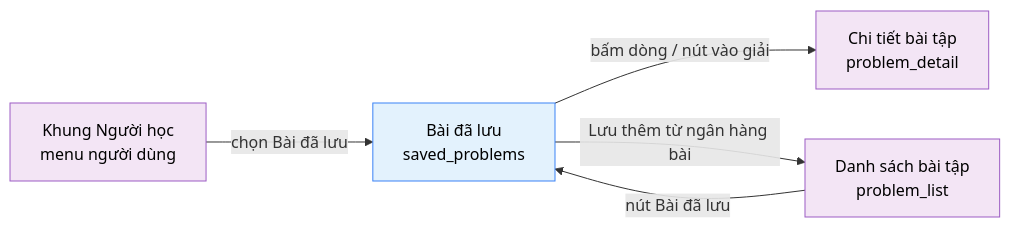
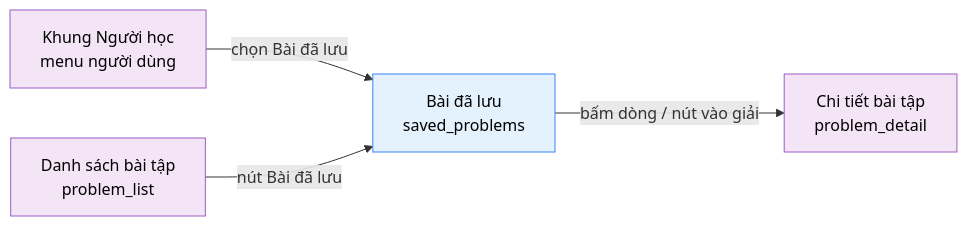
One commit to daiphu1801/PRJ_ALGOPREP changed the diagram in 02-bd/screens/users/USR0103_saved_problems.md. Above: the diagram before and after it, drawn with Mermaid. The commit also changed other lines of this file and 458 other files, not shown here.

````diff
--- a/02-bd/screens/users/USR0103_saved_problems.md
+++ b/02-bd/screens/users/USR0103_saved_problems.md
@@ -141,13 +141,12 @@
 ```mermaid
 flowchart LR
     menu["Khung Người học<br/>menu người dùng"] -->|"chọn Bài đã lưu"| main["Bài đã lưu<br/>saved_problems"]
     list["Danh sách bài tập<br/>problem_list"] -->|"nút Bài đã lưu"| main
     main -->|"bấm dòng / nút vào giải"| detail["Chi tiết bài tập<br/>problem_detail"]
-    main -->|"Lưu thêm từ ngân hàng bài"| list
 
     classDef source fill:#F3E5F5,stroke:#9C5CC4,color:#000
     classDef screen fill:#E3F2FD,stroke:#3B82F6,color:#000
 
     class menu,list,detail source
     class main screen
 ```
````
